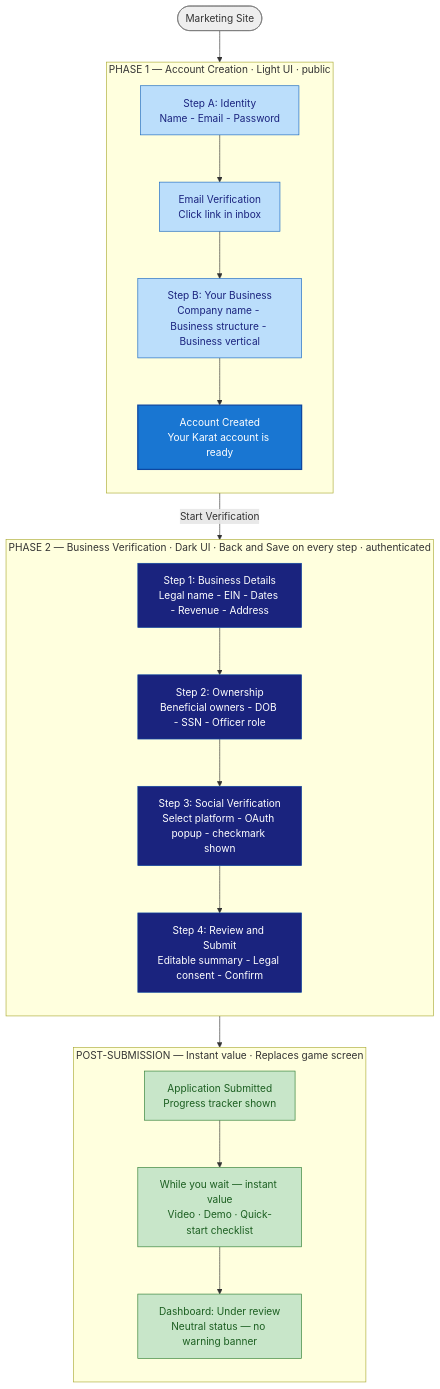
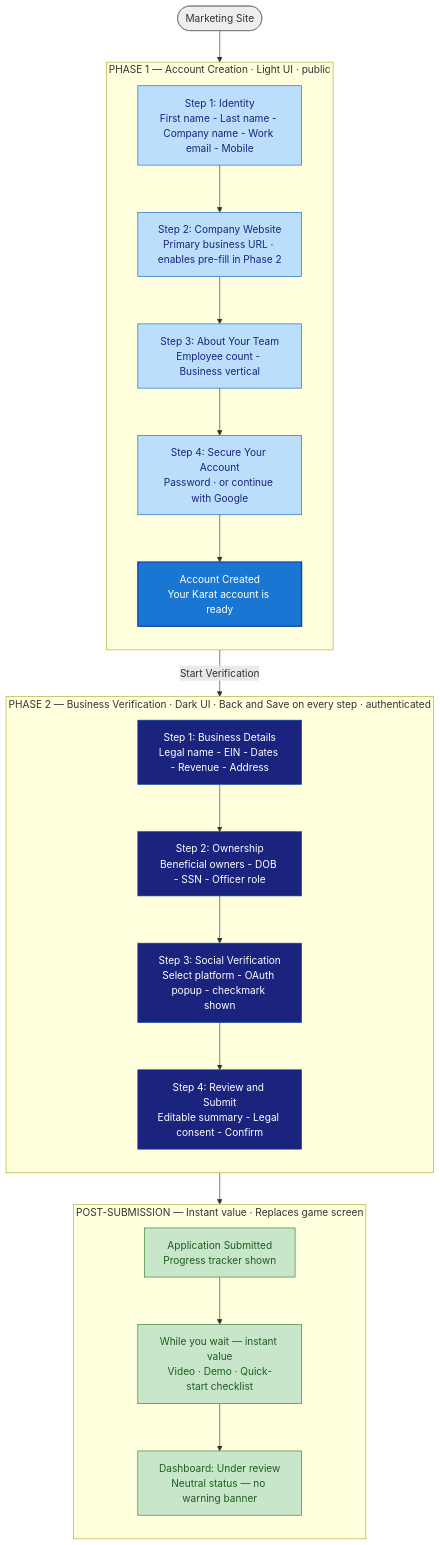
The third of 3 diagrams in audits/onboarding.md (glevi2004/karat), drawn with Mermaid before and after one commit. The commit also changed other lines of this file, not shown here.

````diff
--- a/audits/onboarding.md
+++ b/audits/onboarding.md
@@ -490,40 +496,41 @@
 ```mermaid
 flowchart TD
     classDef p1 fill:#BBDEFB,stroke:#1565C0,color:#1A237E
     classDef p1cta fill:#1976D2,stroke:#0D47A1,color:#fff,stroke-width:2px
     classDef p2 fill:#1A237E,stroke:#0D47A1,color:#fff
     classDef post fill:#C8E6C9,stroke:#2E7D32,color:#1B5E20
     classDef ok fill:#EEEEEE,stroke:#757575,color:#333
 
     Marketing([Marketing Site]):::ok
 
     subgraph Phase1["PHASE 1 — Account Creation · Light UI · public"]
         direction TB
-        A1["Step A: Identity<br/>Name - Email - Password"]:::p1
-        A2["Email Verification<br/>Click link in inbox"]:::p1
-        A3["Step B: Your Business<br/>Company name - Business structure - Business vertical"]:::p1
-        A4["Account Created<br/>Your Karat account is ready"]:::p1cta
-        A1 --> A2 --> A3 --> A4
+        A1["Step 1: Identity<br/>First name - Last name - Company name - Work email - Mobile"]:::p1
+        A2["Step 2: Company Website<br/>Primary business URL · enables pre-fill in Phase 2"]:::p1
+        A3["Step 3: About Your Team<br/>Employee count - Business vertical"]:::p1
+        A4["Step 4: Secure Your Account<br/>Password · or continue with Google"]:::p1
+        A5["Account Created<br/>Your Karat account is ready"]:::p1cta
+        A1 --> A2 --> A3 --> A4 --> A5
     end
 
     subgraph Phase2["PHASE 2 — Business Verification · Dark UI · Back and Save on every step · authenticated"]
         direction TB
         B1["Step 1: Business Details<br/>Legal name - EIN - Dates - Revenue - Address"]:::p2
         B2["Step 2: Ownership<br/>Beneficial owners - DOB - SSN - Officer role"]:::p2
         B3["Step 3: Social Verification<br/>Select platform - OAuth popup - checkmark shown"]:::p2
         B4["Step 4: Review and Submit<br/>Editable summary - Legal consent - Confirm"]:::p2
         B1 --> B2 --> B3 --> B4
     end
 
     subgraph PostSub["POST-SUBMISSION — Instant value · Replaces game screen"]
         direction TB
         C1["Application Submitted<br/>Progress tracker shown"]:::post
         C2["While you wait — instant value<br/>Video · Demo · Quick-start checklist"]:::post
         C3["Dashboard: Under review<br/>Neutral status — no warning banner"]:::post
         C1 --> C2 --> C3
     end
 
     Marketing --> A1
-    A4 -->|"Start Verification"| B1
+    A5 -->|"Start Verification"| B1
     B4 --> C1
 ```
````
